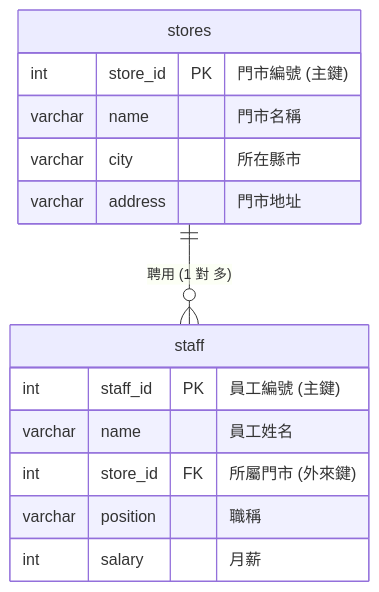
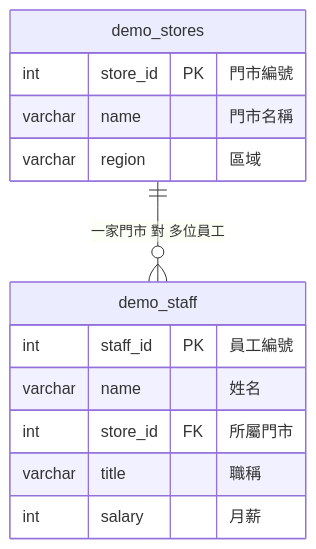
Before and after one commit to roberthsu2003/postgreSQL_MCP: the diagram in SQL語法教學/7.0適合初學者關聯資料庫.md, drawn with Mermaid. The commit also changed other lines of this file and 67 other files, not shown here.

````diff
--- a/SQL語法教學/7.0適合初學者關聯資料庫.md
+++ b/SQL語法教學/7.0適合初學者關聯資料庫.md
@@ -6,19 +21,16 @@
 ```mermaid
 erDiagram
-    stores ||--o{ staff : "聘用 (1 對 多)"
-
-    stores {
-        int store_id PK "門市編號 (主鍵)"
+    demo_stores ||--o{ demo_staff : "一家門市 對 多位員工"
+    demo_stores {
+        int store_id PK "門市編號"
         varchar name "門市名稱"
-        varchar city "所在縣市"
-        varchar address "門市地址"
+        varchar region "區域"
     }
-
-    staff {
-        int staff_id PK "員工編號 (主鍵)"
-        varchar name "員工姓名"
-        int store_id FK "所屬門市 (外來鍵)"
-        varchar position "職稱"
+    demo_staff {
+        int staff_id PK "員工編號"
+        varchar name "姓名"
+        int store_id FK "所屬門市"
+        varchar title "職稱"
         int salary "月薪"
     }
 ```
````
